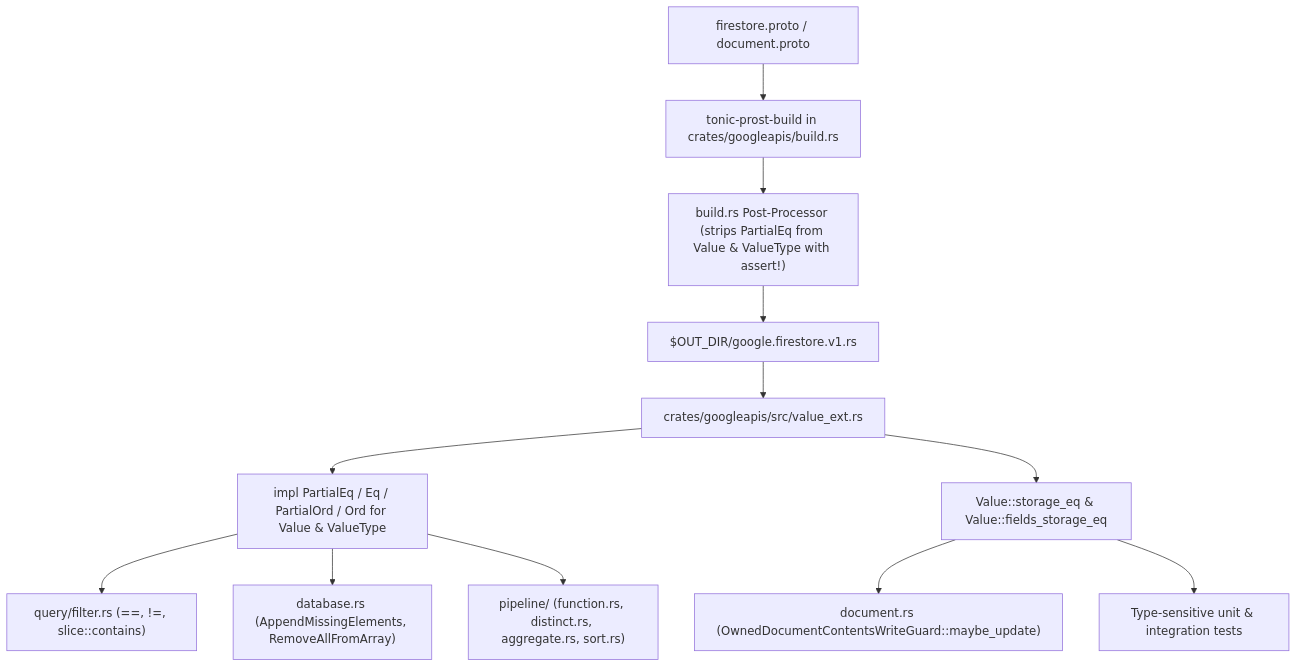
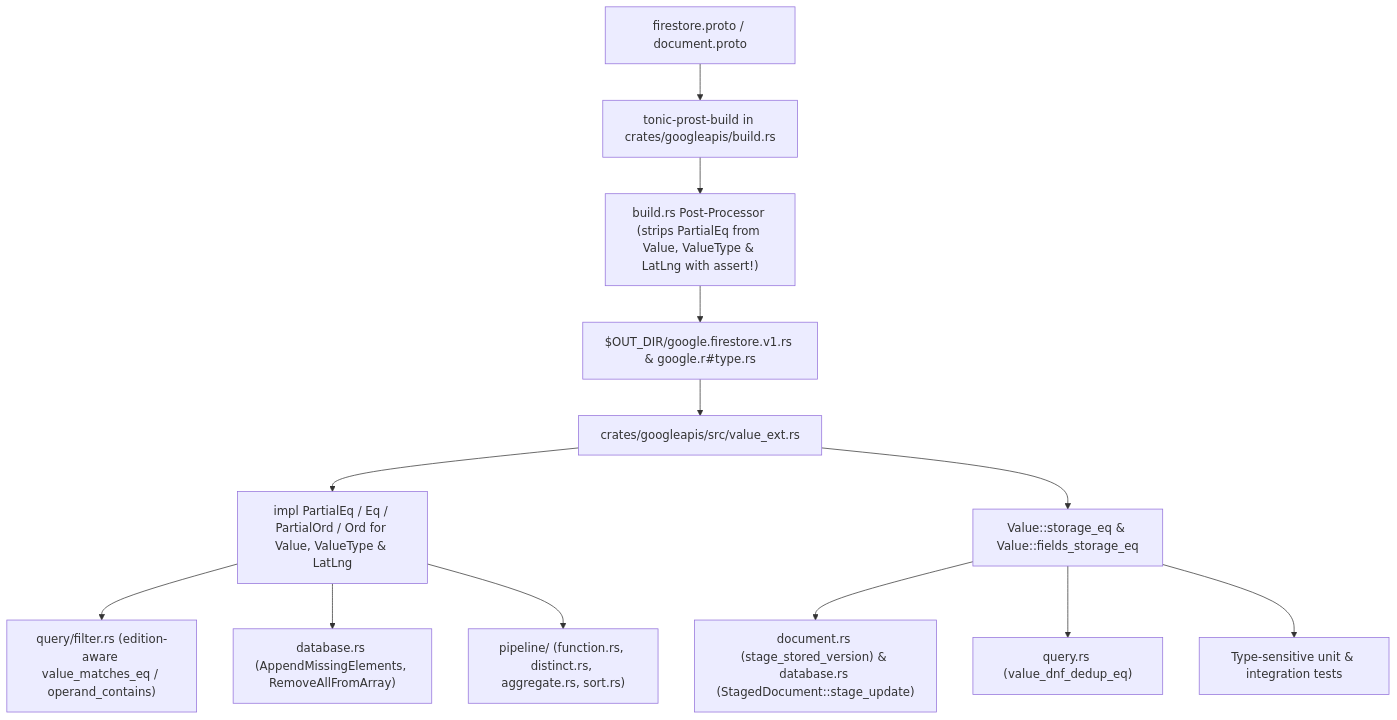
One commit to skunkteam/rust-firestore-emulator changed the diagram in docs/designs/value-partial-eq.md. Above: the diagram before and after it, drawn with Mermaid. The commit also changed other lines of this file and 25 other files, not shown here.

````diff
--- a/docs/designs/value-partial-eq.md
+++ b/docs/designs/value-partial-eq.md
@@ -72,17 +72,18 @@
 ```mermaid
 flowchart TD
     Proto["firestore.proto / document.proto"] --> ProstBuild["tonic-prost-build in crates/googleapis/build.rs"]
-    ProstBuild --> PostProc["build.rs Post-Processor (strips PartialEq from Value & ValueType with assert!)"]
-    PostProc --> GenRs["$OUT_DIR/google.firestore.v1.rs"]
+    ProstBuild --> PostProc["build.rs Post-Processor (strips PartialEq from Value, ValueType & LatLng with assert!)"]
+    PostProc --> GenRs["$OUT_DIR/google.firestore.v1.rs & google.r#type.rs"]
     GenRs --> ValueExt["crates/googleapis/src/value_ext.rs"]
 
-    ValueExt -->TraitImpl["impl PartialEq / Eq / PartialOrd / Ord for Value & ValueType"]
-    ValueExt -->StorageEq["Value::storage_eq & Value::fields_storage_eq"]
+    ValueExt --> TraitImpl["impl PartialEq / Eq / PartialOrd / Ord for Value, ValueType & LatLng"]
+    ValueExt --> StorageEq["Value::storage_eq & Value::fields_storage_eq"]
 
-    TraitImpl --> Filter["query/filter.rs (==, !=, slice::contains)"]
+    TraitImpl --> Filter["query/filter.rs (edition-aware value_matches_eq / operand_contains)"]
     TraitImpl --> Transform["database.rs (AppendMissingElements, RemoveAllFromArray)"]
     TraitImpl --> Pipeline["pipeline/ (function.rs, distinct.rs, aggregate.rs, sort.rs)"]
 
-    StorageEq --> DocUpdate["document.rs (OwnedDocumentContentsWriteGuard::maybe_update)"]
+    StorageEq --> DocUpdate["document.rs (stage_stored_version) & database.rs (StagedDocument::stage_update)"]
+    StorageEq --> DnfDedup["query.rs (value_dnf_dedup_eq)"]
     StorageEq --> TypeTests["Type-sensitive unit & integration tests"]
 ```
````
